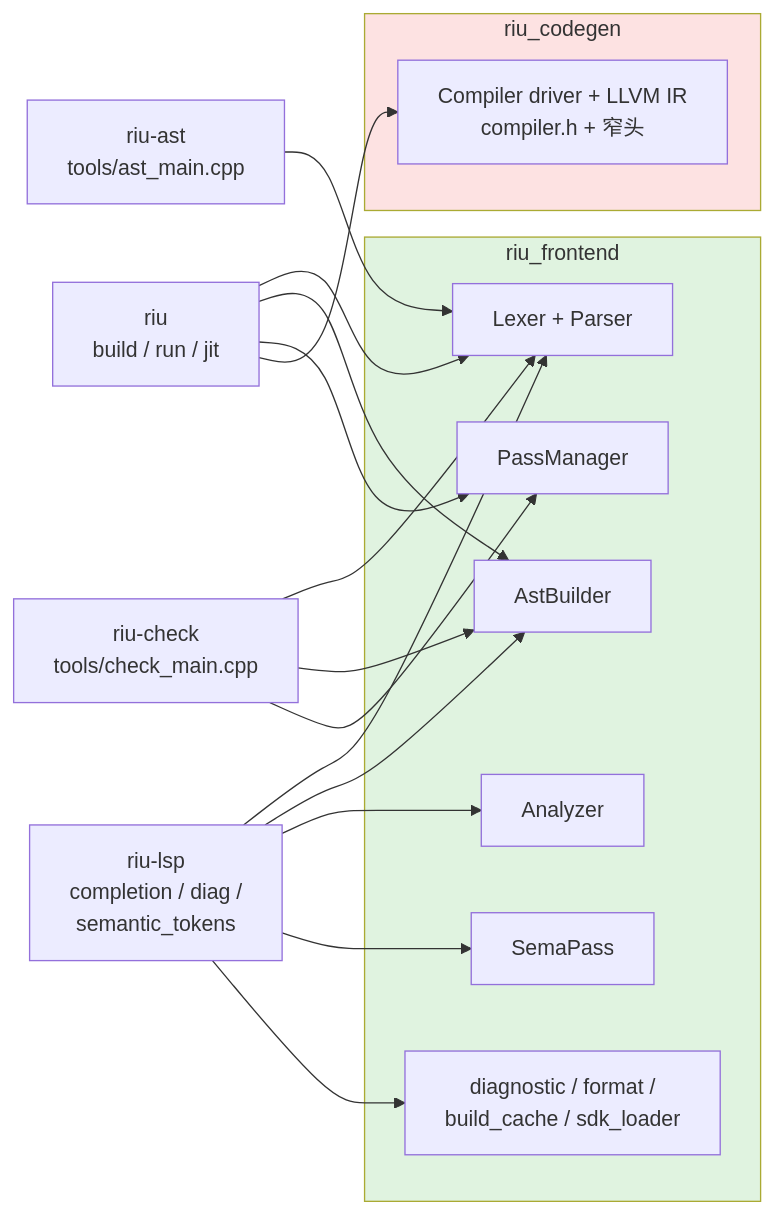
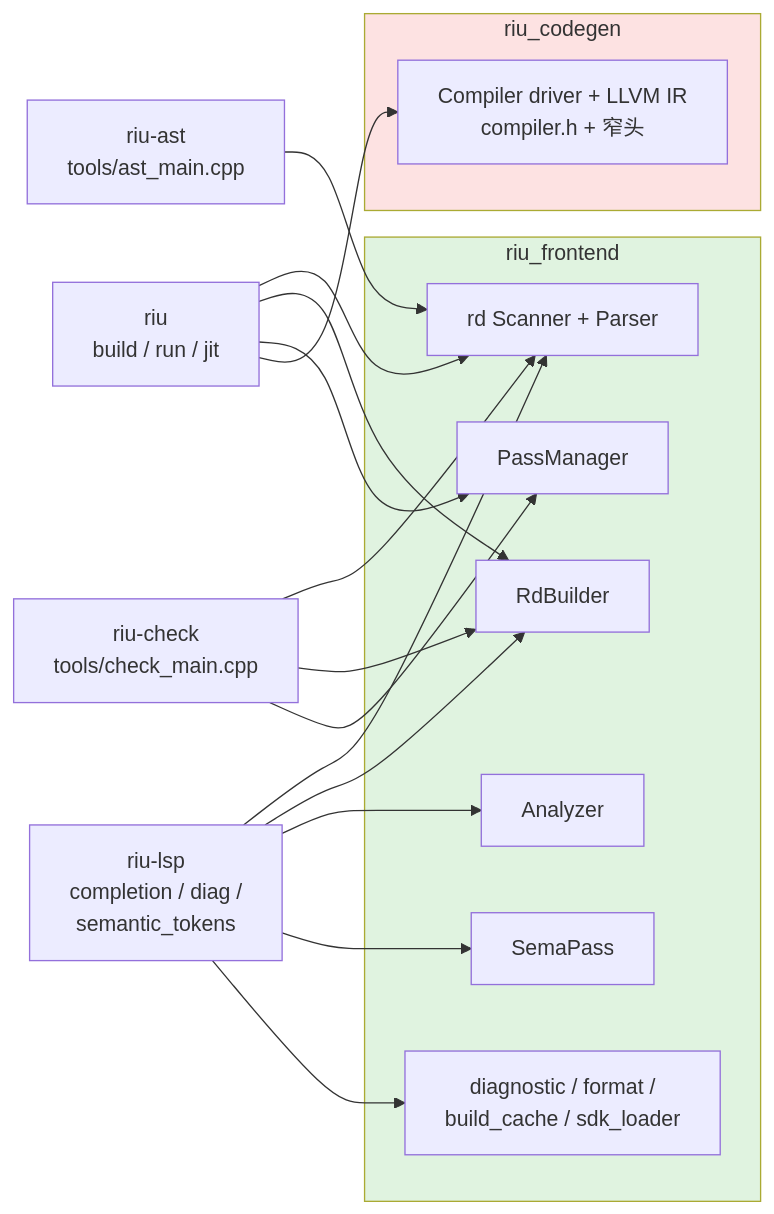
One commit to riu-lang/riu changed the third of 6 diagrams in riu.md. Above: the diagram before and after it, drawn with Mermaid. The commit also changed other lines of this file and 40 other files, not shown here.

````diff
--- a/riu.md
+++ b/riu.md
@@ -97,23 +95,23 @@
 ```mermaid
 flowchart LR
     subgraph FE [riu_frontend]
-        L[Lexer + Parser]
-        B[AstBuilder]
+        L[rd Scanner + Parser]
+        B[RdBuilder]
         PM[PassManager]
         A[Analyzer]
         S[SemaPass]
         D[diagnostic / format /<br/>build_cache / sdk_loader]
     end
 
     subgraph CG [riu_codegen]
         C[Compiler driver + LLVM IR<br/>compiler.h + 窄头]
     end
 
     riubin[riu<br/>build / run / jit] --> L & B & PM & C
     lspbin[riu-lsp<br/>completion / diag /<br/>semantic_tokens] --> L & B & A & S & D
     astbin[riu-ast<br/>tools/ast_main.cpp] --> L
     checkbin[riu-check<br/>tools/check_main.cpp] --> L & B & PM
 
     style CG fill:#fde2e2
     style FE fill:#e0f3e0
 ```
````
